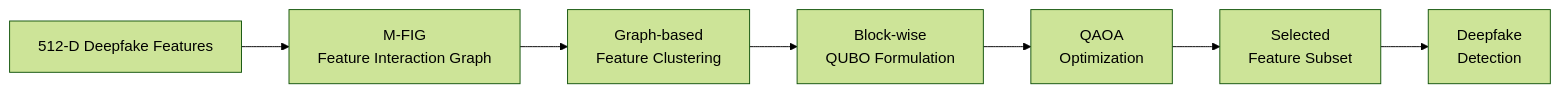
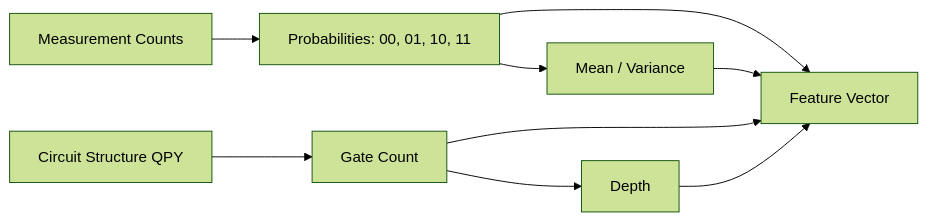
One commit to solmingming/Qubit_research changed the second of 2 diagrams in Readme.MD. Above: the diagram before and after it, drawn with Mermaid (forest theme). The commit also changed other lines of this file, not shown here.

````diff
--- a/Readme.MD
+++ b/Readme.MD
@@ -79,16 +161,16 @@
 ```mermaid
 flowchart LR
+    A[Measurement Counts]
+    --> B[Probabilities: 00, 01, 10, 11]
+    --> C[Mean / Variance]
 
-A[512-D Deepfake Features] 
-    --> B[M-FIG<br/>Feature Interaction Graph]
+    D[Circuit Structure QPY]
+    --> E[Gate Count]
+    --> F[Depth]
 
-B --> C[Graph-based<br/>Feature Clustering]
+    B --> G[Feature Vector]
+    C --> G
+    E --> G
+    F --> G
 
-C --> D[Block-wise<br/>QUBO Formulation]
-
-D --> E[QAOA<br/>Optimization]
-
-E --> F[Selected<br/>Feature Subset]
-
-F --> G[Deepfake<br/>Detection]
 ```
````
